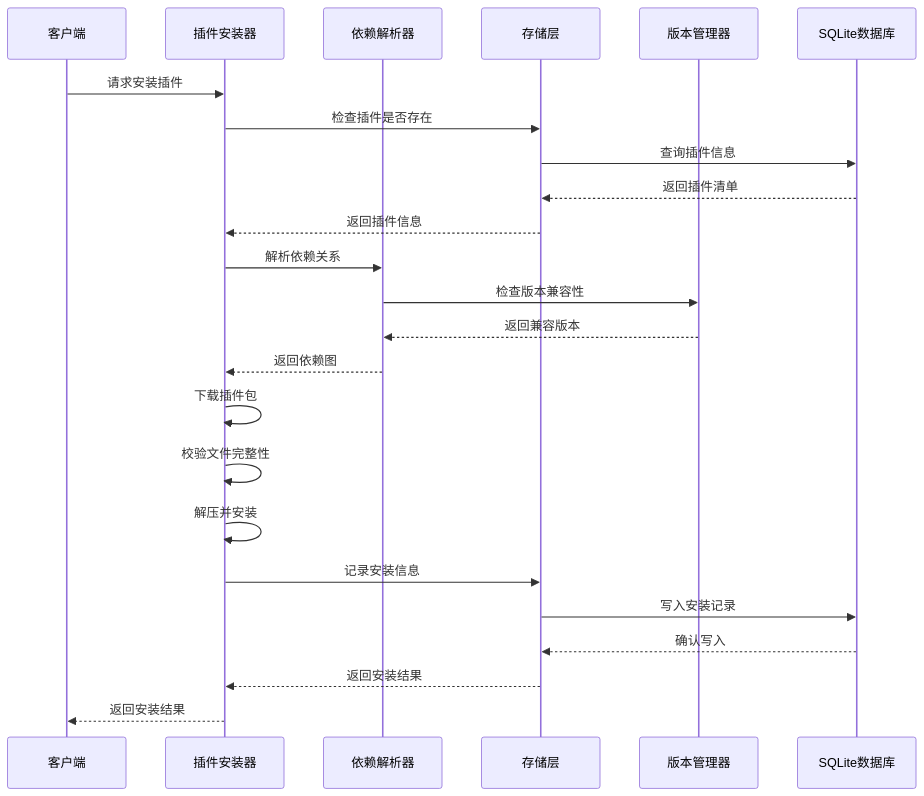
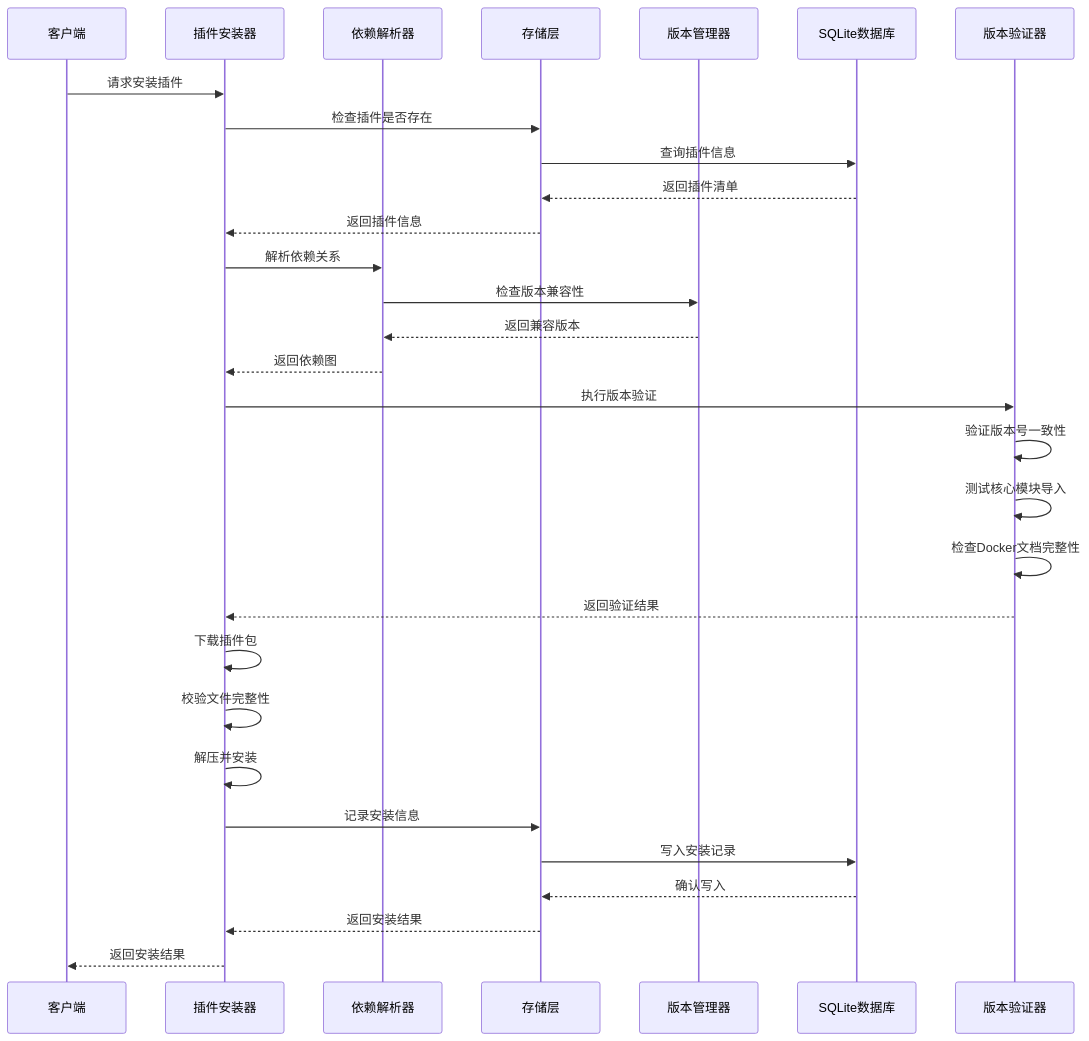
One commit to JieGaoPrinceton/NecoRAG changed the second of 7 diagrams in .qoder/repowiki/zh/content/开发与测试/版本管理系统.md. Above: the diagram before and after it, drawn with Mermaid. The commit also changed other lines of this file and 17 other files, not shown here.

````diff
--- a/.qoder/repowiki/zh/content/开发与测试/版本管理系统.md
+++ b/.qoder/repowiki/zh/content/开发与测试/版本管理系统.md
@@ -147,26 +172,32 @@
 ```mermaid
 sequenceDiagram
 participant Client as 客户端
 participant Installer as 插件安装器
 participant Resolver as 依赖解析器
 participant Store as 存储层
 participant Manager as 版本管理器
 participant DB as SQLite数据库
+participant Verifier as 版本验证器
 Client->>Installer : 请求安装插件
 Installer->>Store : 检查插件是否存在
 Store->>DB : 查询插件信息
 DB-->>Store : 返回插件清单
 Store-->>Installer : 返回插件信息
 Installer->>Resolver : 解析依赖关系
 Resolver->>Manager : 检查版本兼容性
 Manager-->>Resolver : 返回兼容版本
 Resolver-->>Installer : 返回依赖图
+Installer->>Verifier : 执行版本验证
+Verifier->>Verifier : 验证版本号一致性
+Verifier->>Verifier : 测试核心模块导入
+Verifier->>Verifier : 检查Docker文档完整性
+Verifier-->>Installer : 返回验证结果
 Installer->>Installer : 下载插件包
 Installer->>Installer : 校验文件完整性
 Installer->>Installer : 解压并安装
 Installer->>Store : 记录安装信息
 Store->>DB : 写入安装记录
 DB-->>Store : 确认写入
 Store-->>Installer : 返回安装结果
 Installer-->>Client : 返回安装结果
 ```
````
